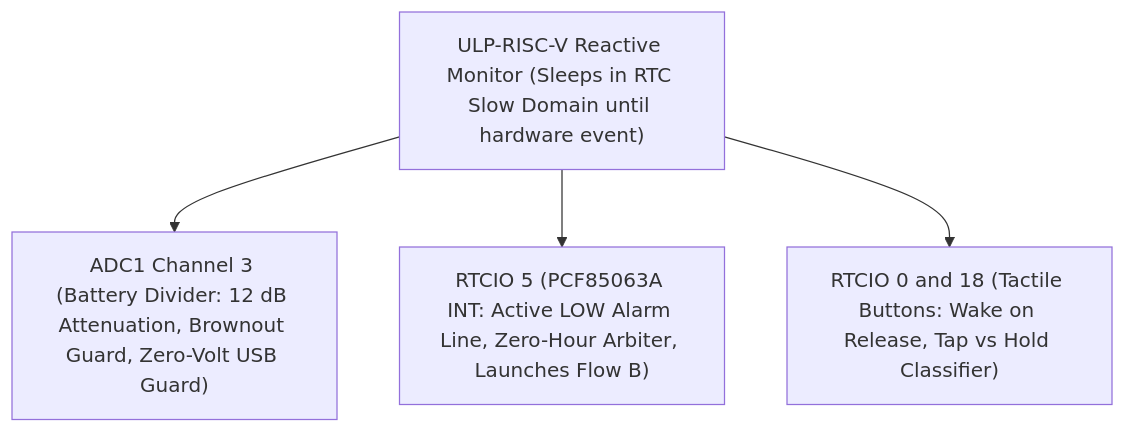
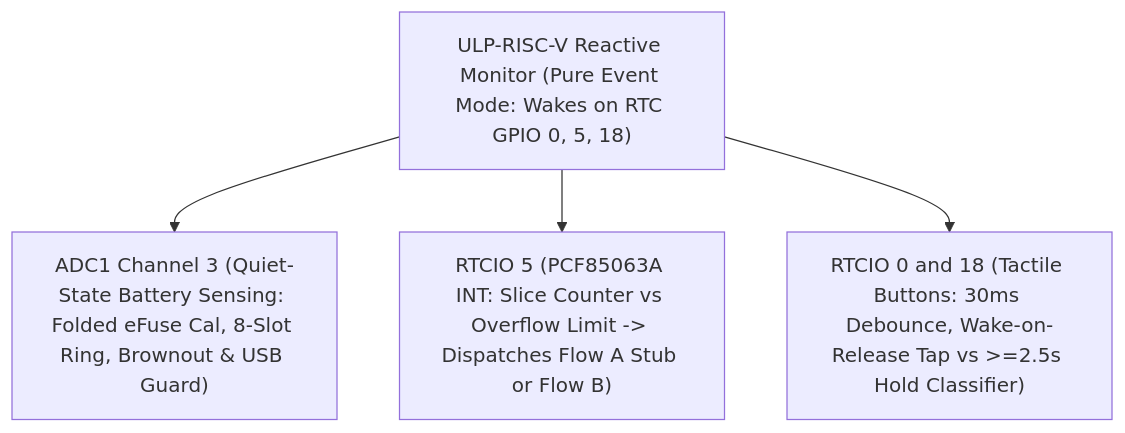
The diagram in docs/architecture/A6_ulp_coprocessor.md (Humidyne-Labs/H1OS), drawn with Mermaid before and after one commit. The commit also changed other lines of this file and 39 other files, not shown here.

````diff
--- a/docs/architecture/A6_ulp_coprocessor.md
+++ b/docs/architecture/A6_ulp_coprocessor.md
@@ -20,10 +15,10 @@
 ```mermaid
 graph TD;
-    ULP["ULP-RISC-V Reactive Monitor (Sleeps in RTC Slow Domain until hardware event)"];
-    ADC["ADC1 Channel 3 (Battery Divider: 12 dB Attenuation, Brownout Guard, Zero-Volt USB Guard)"];
-    RTC["RTCIO 5 (PCF85063A INT: Active LOW Alarm Line, Zero-Hour Arbiter, Launches Flow B)"];
-    BTN["RTCIO 0 and 18 (Tactile Buttons: Wake on Release, Tap vs Hold Classifier)"];
+    ULP["ULP-RISC-V Reactive Monitor (Pure Event Mode: Wakes on RTC GPIO 0, 5, 18)"];
+    ADC["ADC1 Channel 3 (Quiet-State Battery Sensing: Folded eFuse Cal, 8-Slot Ring, Brownout & USB Guard)"];
+    RTC["RTCIO 5 (PCF85063A INT: Slice Counter vs Overflow Limit -> Dispatches Flow A Stub or Flow B)"];
+    BTN["RTCIO 0 and 18 (Tactile Buttons: 30ms Debounce, Wake-on-Release Tap vs >=2.5s Hold Classifier)"];
     ULP-->ADC;
     ULP-->RTC;
     ULP-->BTN;
 ```
````
